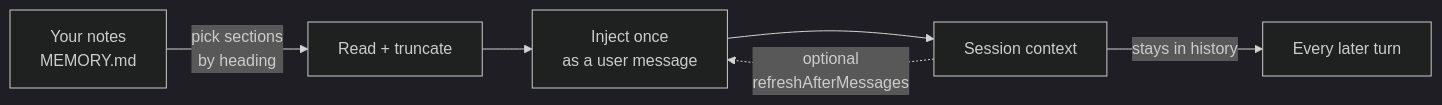
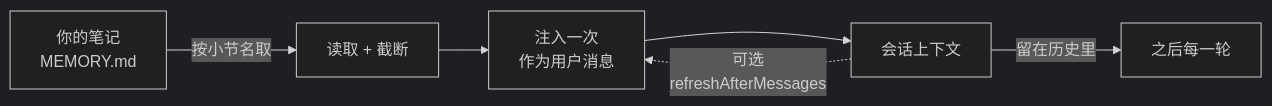
One commit to IcyDate/ofttold-memory changed the diagram in README.md. Above: the diagram before and after it, drawn with Mermaid (dark theme). The commit also changed other lines of this file and 12 other files, not shown here.

````diff
--- a/README.md
+++ b/README.md
@@ -13,8 +31,8 @@
 ```mermaid
 flowchart LR
-    A[Your notes<br/>MEMORY.md] -->|pick sections<br/>by heading| B[Read + truncate]
-    B --> C[Inject once<br/>as a user message]
-    C --> D[Session context]
-    D -->|stays in history| E[Every later turn]
-    D -.->|optional<br/>refreshAfterMessages| C
+    A[你的笔记<br/>MEMORY.md] -->|按小节名取| B[读取 + 截断]
+    B --> C[注入一次<br/>作为用户消息]
+    C --> D[会话上下文]
+    D -->|留在历史里| E[之后每一轮]
+    D -.->|可选<br/>refreshAfterMessages| C
 ```
````
